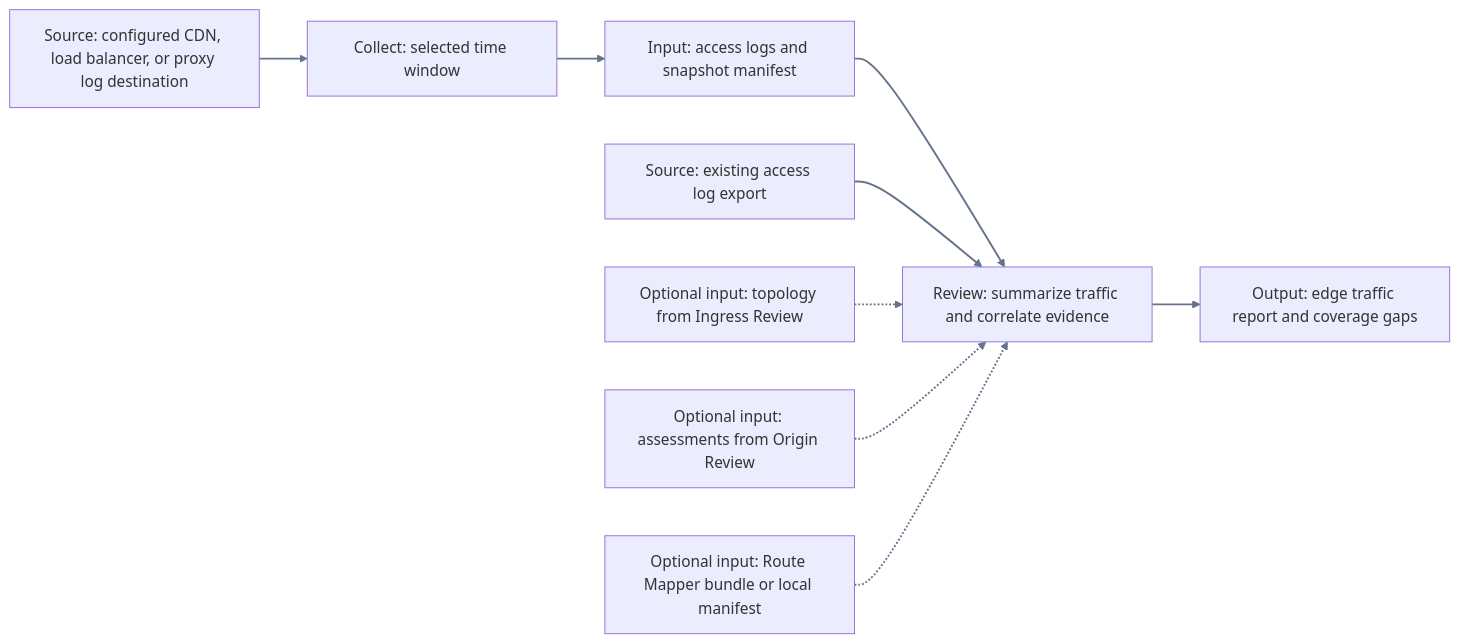
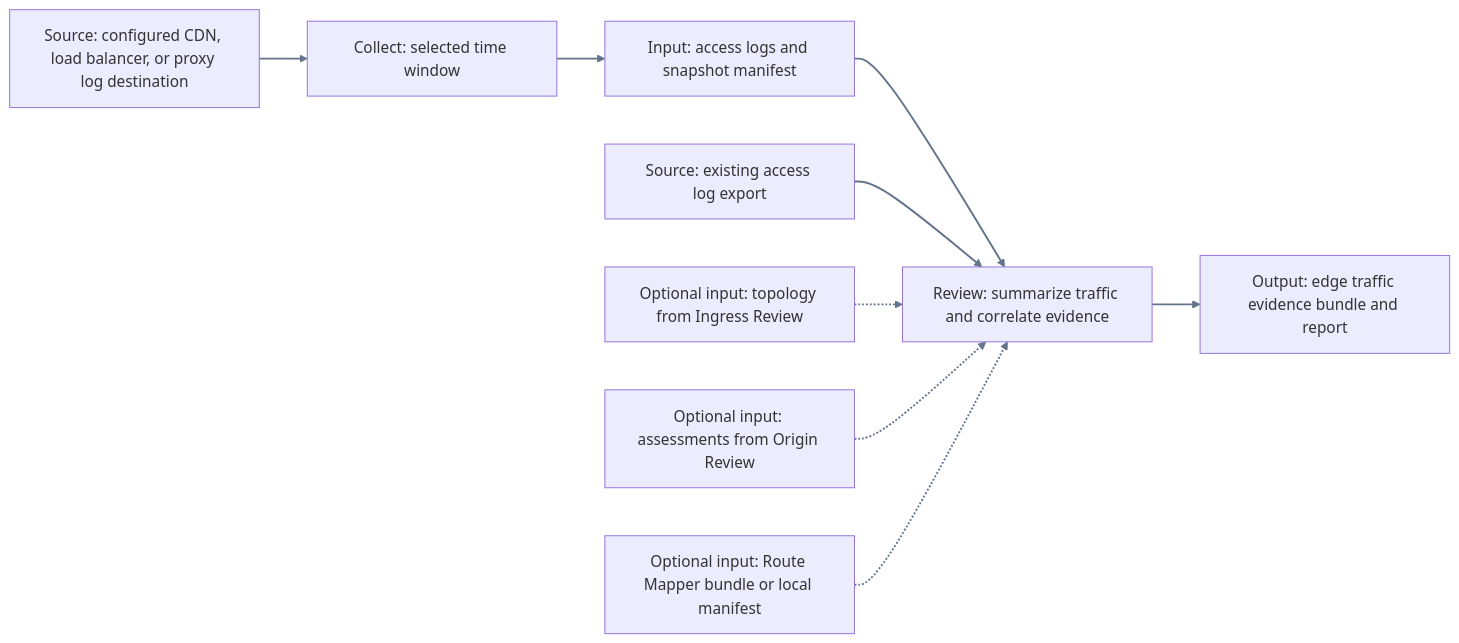
The diagram in research/_references/diagrams/edge-traffic-review/01-overview.mmd (phil-markarian/pensys), drawn with Mermaid before and after one commit. The commit also changed 10 other files, not shown here.

```diff
--- a/research/_references/diagrams/edge-traffic-review/01-overview.mmd
+++ b/research/_references/diagrams/edge-traffic-review/01-overview.mmd
@@ -1,10 +1,10 @@
 flowchart LR
     source["Source: configured CDN, load balancer, or proxy log destination"] --> collect["Collect: selected time window"]
     collect --> snapshot["Input: access logs and snapshot manifest"]
     snapshot --> review["Review: summarize traffic and correlate evidence"]
     export["Source: existing access log export"] --> review
     ingress["Optional input: topology from Ingress Review"] -.-> review
     origin["Optional input: assessments from Origin Review"] -.-> review
     routes["Optional input: Route Mapper bundle or local manifest"] -.-> review
-    review --> report["Output: edge traffic report and coverage gaps"]
+    review --> report["Output: edge traffic evidence bundle and report"]
     linkStyle default stroke:#64748b,stroke-width:2px
```
